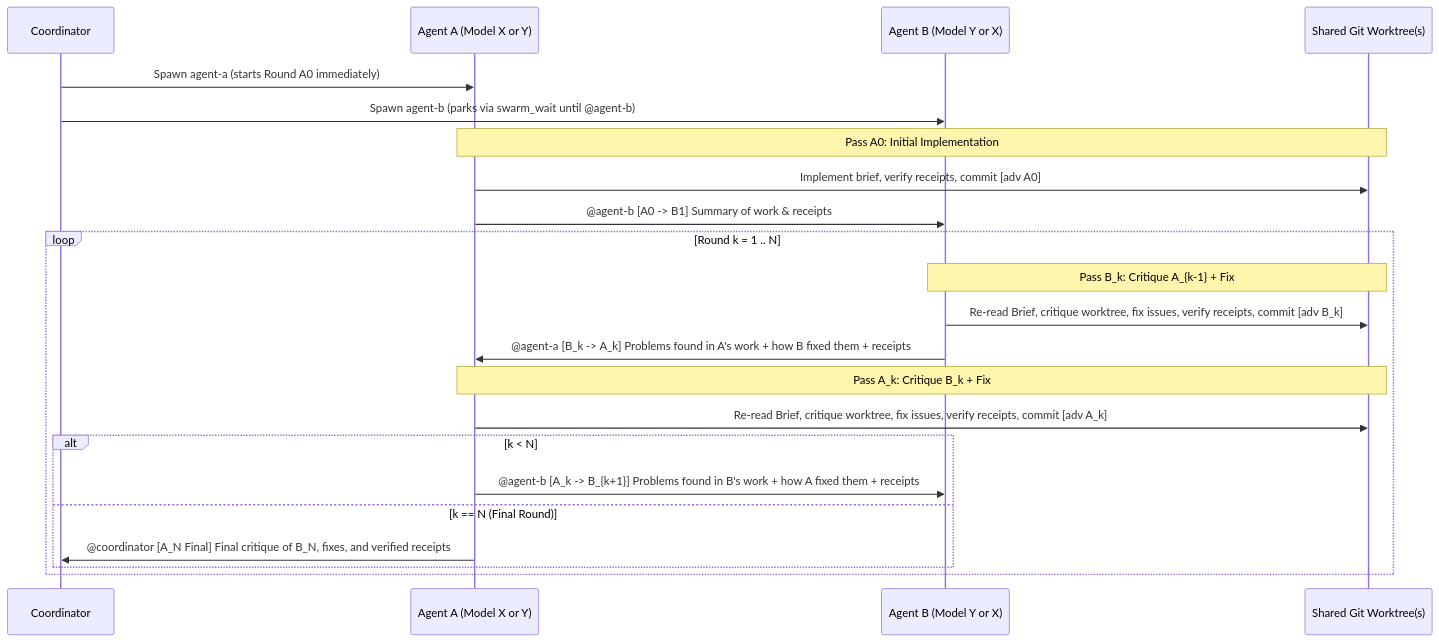
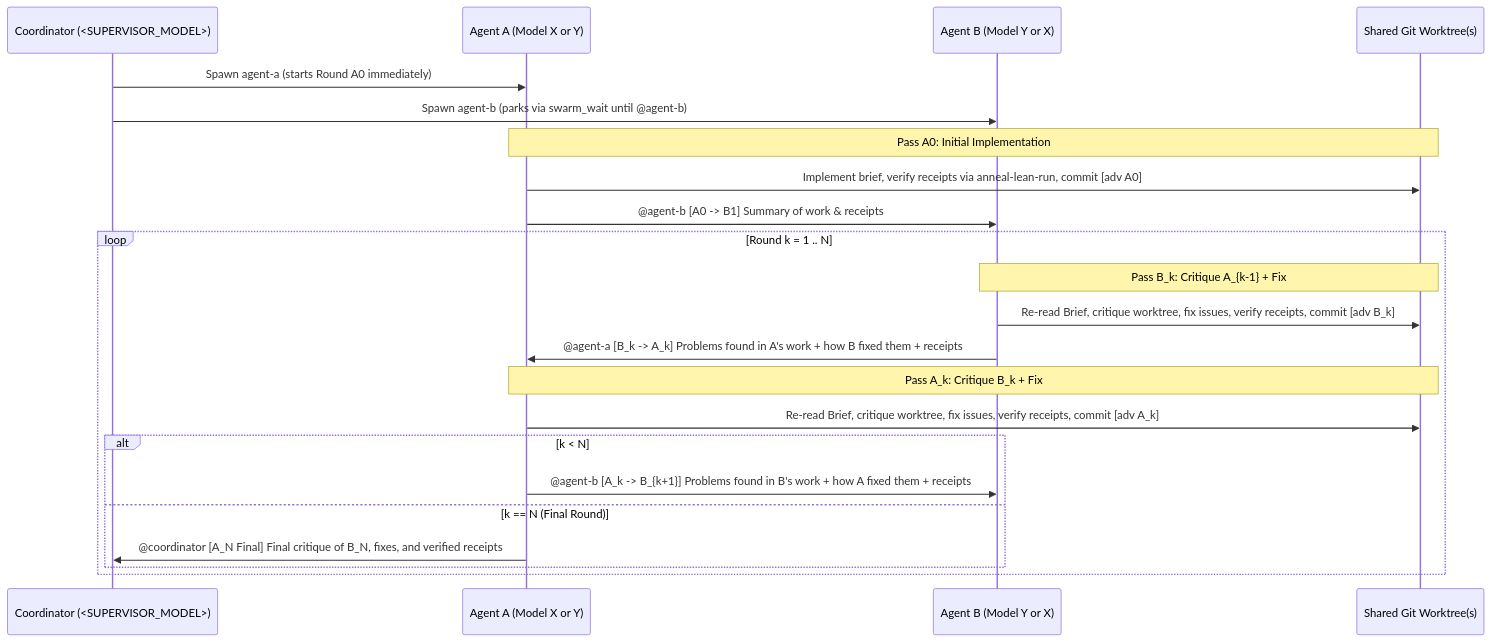
One commit to joshlf/anneal changed the diagram in skills/adversarial-rounds/SKILL.md. Above: the diagram before and after it, drawn with Mermaid. The commit also changed other lines of this file and 6 other files, not shown here.

````diff
--- a/skills/adversarial-rounds/SKILL.md
+++ b/skills/adversarial-rounds/SKILL.md
@@ -129,25 +177,25 @@
 ```mermaid
 sequenceDiagram
-    participant C as Coordinator
+    participant C as Coordinator (<SUPERVISOR_MODEL>)
     participant A as Agent A (Model X or Y)
     participant B as Agent B (Model Y or X)
     participant W as Shared Git Worktree(s)
 
     C->>A: Spawn agent-a (starts Round A0 immediately)
     C->>B: Spawn agent-b (parks via swarm_wait until @agent-b)
     Note over A,W: Pass A0: Initial Implementation
-    A->>W: Implement brief, verify receipts, commit [adv A0]
+    A->>W: Implement brief, verify receipts via anneal-lean-run, commit [adv A0]
     A->>B: @agent-b [A0 -> B1] Summary of work & receipts
     loop Round k = 1 .. N
         Note over B,W: Pass B_k: Critique A_{k-1} + Fix
         B->>W: Re-read Brief, critique worktree, fix issues, verify receipts, commit [adv B_k]
         B->>A: @agent-a [B_k -> A_k] Problems found in A's work + how B fixed them + receipts
         Note over A,W: Pass A_k: Critique B_k + Fix
         A->>W: Re-read Brief, critique worktree, fix issues, verify receipts, commit [adv A_k]
         alt k < N
             A->>B: @agent-b [A_k -> B_{k+1}] Problems found in B's work + how A fixed them + receipts
         else k == N (Final Round)
             A->>C: @coordinator [A_N Final] Final critique of B_N, fixes, and verified receipts
         end
     end
 ```
````
